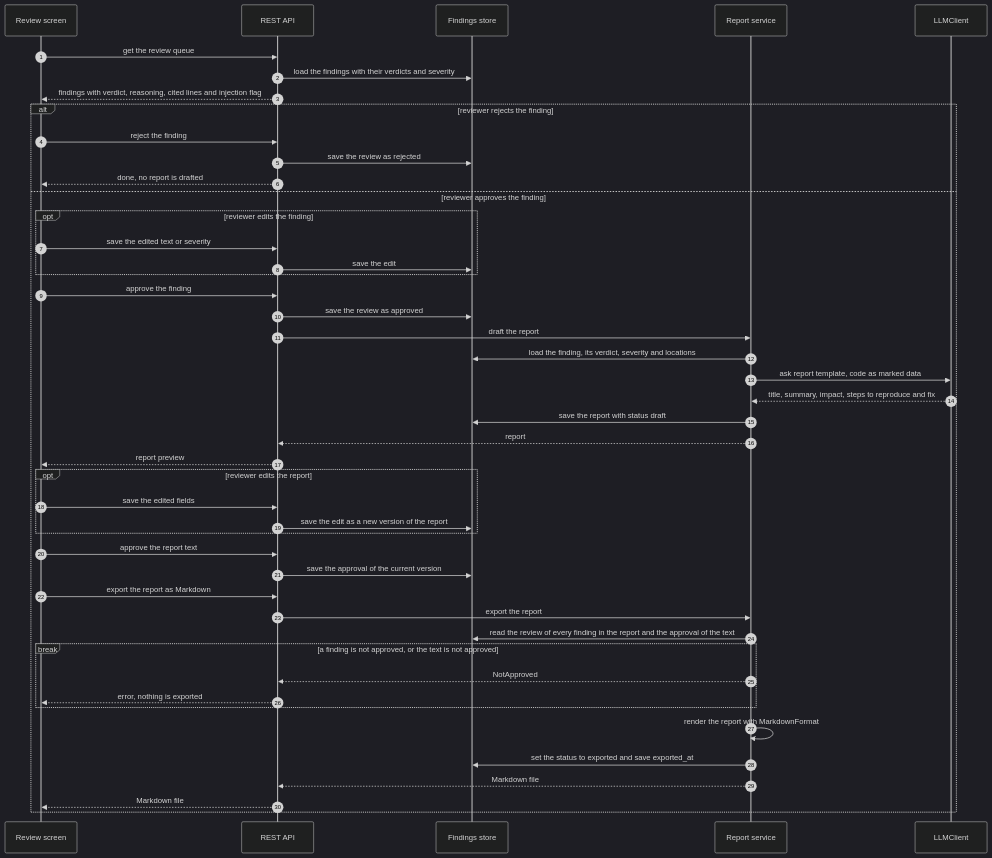
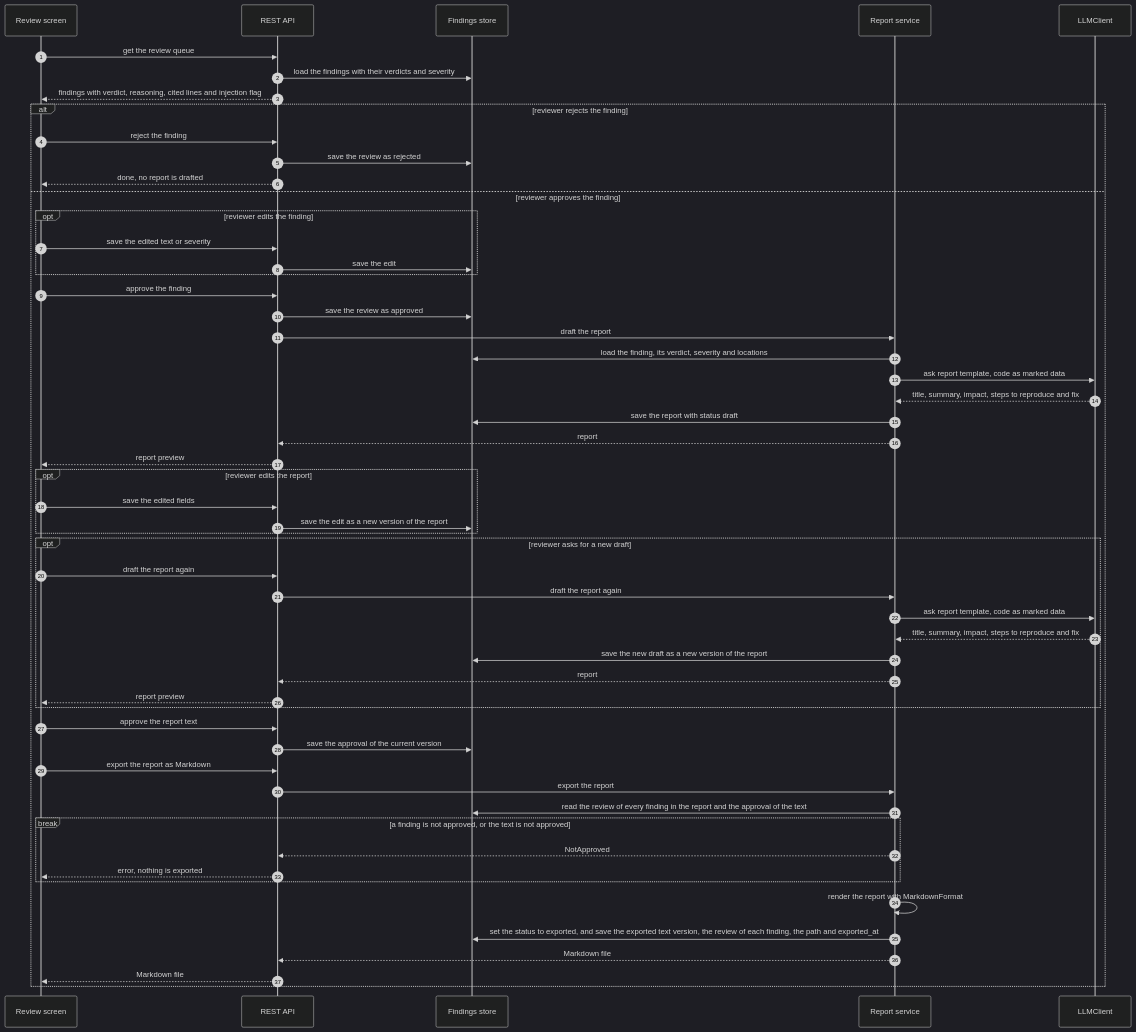
One commit to sieve-ku-comp491/sieve changed the third of 3 diagrams in docs/sequences.md. Above: the diagram before and after it, drawn with Mermaid (dark theme). The commit also changed other lines of this file, not shown here.

Commit message:
docs: show what export saves in the diagram
Refs #9

````diff
--- a/docs/sequences.md
+++ b/docs/sequences.md
@@ -119,49 +119,58 @@
 ```mermaid
 sequenceDiagram
   autonumber
   participant RS as Review screen
   participant API as REST API
   participant DB as Findings store
   participant RP as Report service
   participant LC as LLMClient
 
   RS->>API: get the review queue
   API->>DB: load the findings with their verdicts and severity
   API-->>RS: findings with verdict, reasoning, cited lines and injection flag
   alt reviewer rejects the finding
     RS->>API: reject the finding
     API->>DB: save the review as rejected
     API-->>RS: done, no report is drafted
   else reviewer approves the finding
     opt reviewer edits the finding
       RS->>API: save the edited text or severity
       API->>DB: save the edit
     end
     RS->>API: approve the finding
     API->>DB: save the review as approved
     API->>RP: draft the report
     RP->>DB: load the finding, its verdict, severity and locations
     RP->>LC: ask report template, code as marked data
     LC-->>RP: title, summary, impact, steps to reproduce and fix
     RP->>DB: save the report with status draft
     RP-->>API: report
     API-->>RS: report preview
     opt reviewer edits the report
       RS->>API: save the edited fields
       API->>DB: save the edit as a new version of the report
     end
+    opt reviewer asks for a new draft
+      RS->>API: draft the report again
+      API->>RP: draft the report again
+      RP->>LC: ask report template, code as marked data
+      LC-->>RP: title, summary, impact, steps to reproduce and fix
+      RP->>DB: save the new draft as a new version of the report
+      RP-->>API: report
+      API-->>RS: report preview
+    end
     RS->>API: approve the report text
     API->>DB: save the approval of the current version
     RS->>API: export the report as Markdown
     API->>RP: export the report
     RP->>DB: read the review of every finding in the report and the approval of the text
     break a finding is not approved, or the text is not approved
       RP-->>API: NotApproved
       API-->>RS: error, nothing is exported
     end
     RP->>RP: render the report with MarkdownFormat
-    RP->>DB: set the status to exported and save exported_at
+    RP->>DB: set the status to exported, and save the exported text version, the review of each finding, the path and exported_at
     RP-->>API: Markdown file
     API-->>RS: Markdown file
   end
 ```
````
